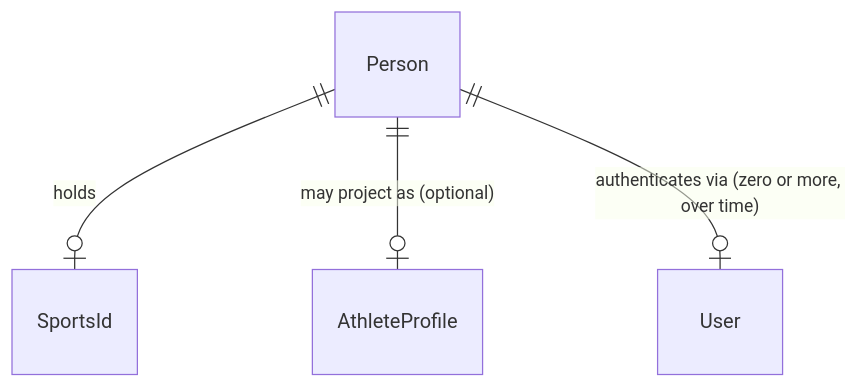
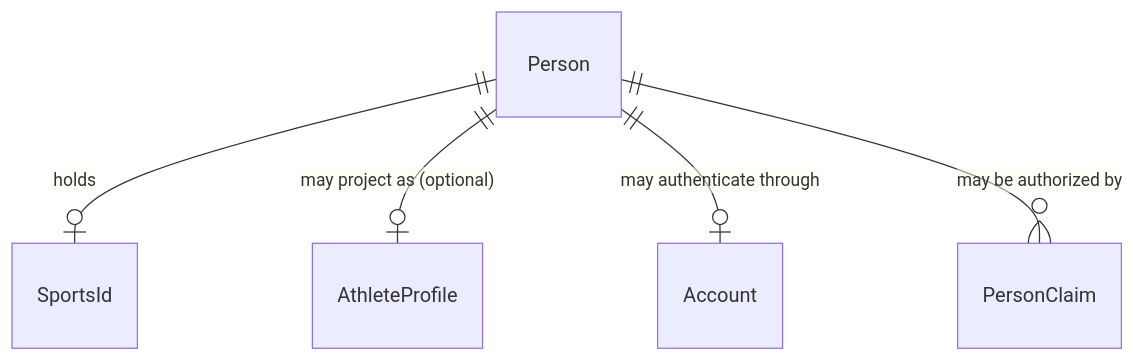
One commit to livingitsolutions/Sports-OS changed the first of 2 diagrams in docs/architecture/identity-model.md. Above: the diagram before and after it, drawn with Mermaid. The commit also changed other lines of this file and 30 other files, not shown here.

Commit message:
Implement Supabase authentication and account-person linkage for SportsOS (6aa486b61250a04b71bc7143)

````diff
--- a/docs/architecture/identity-model.md
+++ b/docs/architecture/identity-model.md
@@ -38,6 +46,7 @@
 ```mermaid
 erDiagram
   Person ||--o| SportsId : holds
   Person ||--o| AthleteProfile : "may project as (optional)"
-  Person ||--o| User : "authenticates via (zero or more, over time)"
+  Person ||--o| Account : "may authenticate through"
+  Person ||--o{ PersonClaim : "may be authorized by"
 ```
````
